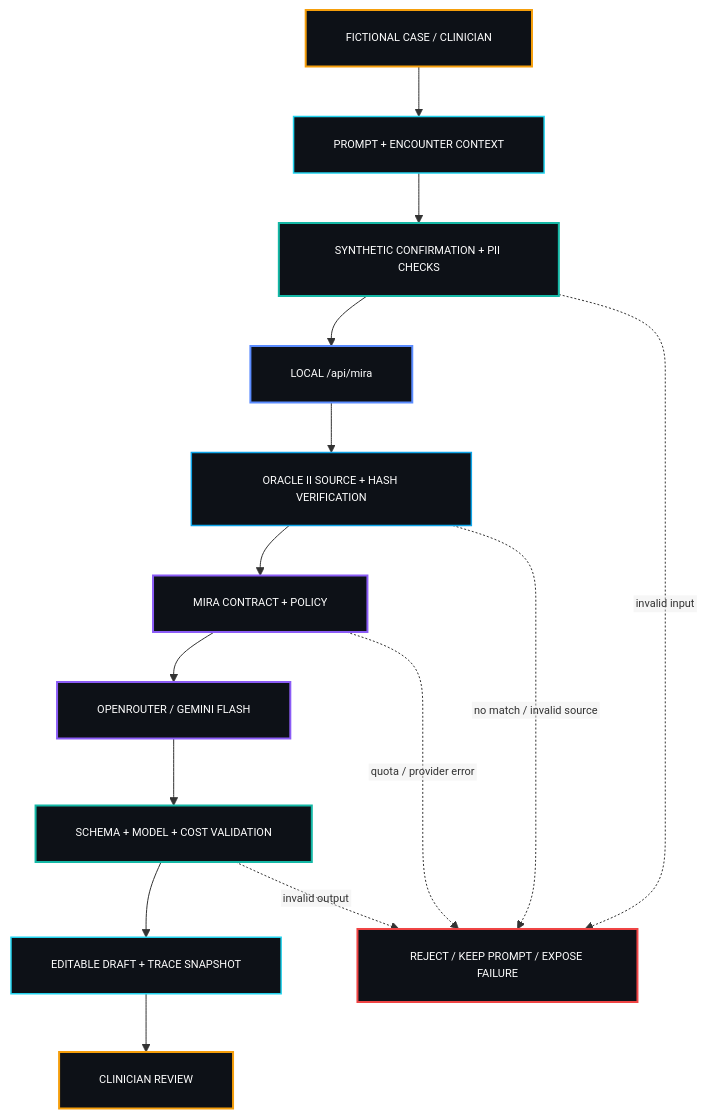
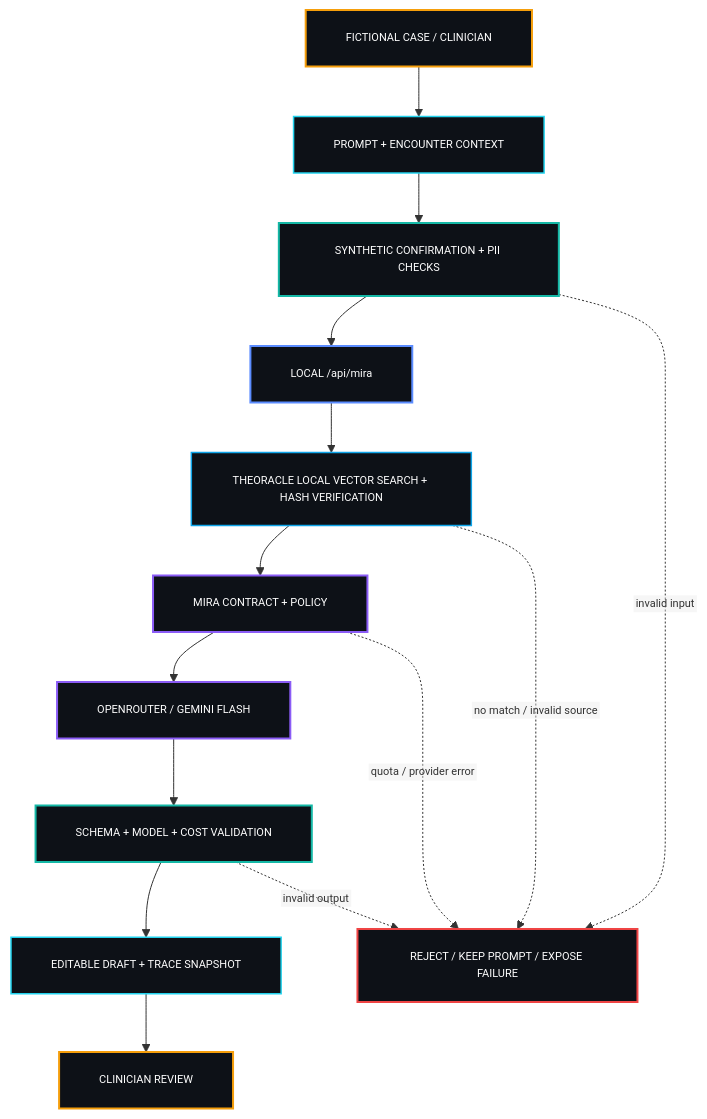
One commit to drferdi/Sentrapedia changed the third of 4 diagrams in README.md. Above: the diagram before and after it, drawn with Mermaid. The commit also changed other lines of this file and 10 other files, not shown here.

First line of the commit message:
docs(sentrapedia): TheOracle vector-only verification, README and HANDOFF (R2)

````diff
--- a/README.md
+++ b/README.md
@@ -311,36 +311,36 @@
 ```mermaid
 %%{init: {"flowchart": {"htmlLabels": false, "padding": 20}, "themeVariables": {"fontFamily": "monospace", "fontSize": "11px"}}}%%
 flowchart TB
   HUMAN["FICTIONAL CASE / CLINICIAN"]
   INPUT["PROMPT + ENCOUNTER CONTEXT"]
   GATE["SYNTHETIC CONFIRMATION + PII CHECKS"]
   API["LOCAL /api/mira"]
-  SOURCE["ORACLE II SOURCE + HASH VERIFICATION"]
+  SOURCE["THEORACLE LOCAL VECTOR SEARCH + HASH VERIFICATION"]
   ENGINE["MIRA CONTRACT + POLICY"]
   MODEL["OPENROUTER / GEMINI FLASH"]
   VERIFY["SCHEMA + MODEL + COST VALIDATION"]
   DRAFT["EDITABLE DRAFT + TRACE SNAPSHOT"]
   REVIEW["CLINICIAN REVIEW"]
   STOP["REJECT / KEEP PROMPT / EXPOSE FAILURE"]
 
   HUMAN --> INPUT --> GATE --> API --> SOURCE --> ENGINE --> MODEL --> VERIFY --> DRAFT --> REVIEW
   GATE -. invalid input .-> STOP
   SOURCE -. no match / invalid source .-> STOP
   ENGINE -. quota / provider error .-> STOP
   VERIFY -. invalid output .-> STOP
 
   classDef authority fill:#0D1117,stroke:#F59E0B,color:#FFFFFF,stroke-width:2px;
   classDef surface fill:#0D1117,stroke:#22D3EE,color:#FFFFFF,stroke-width:1.5px;
   classDef core fill:#0D1117,stroke:#5B8CFF,color:#FFFFFF,stroke-width:2px;
   classDef agent fill:#0D1117,stroke:#8B5CF6,color:#FFFFFF,stroke-width:2px;
   classDef control fill:#0D1117,stroke:#14B8A6,color:#FFFFFF,stroke-width:2px;
   classDef data fill:#0D1117,stroke:#0EA5E9,color:#FFFFFF,stroke-width:1.5px;
   classDef danger fill:#0D1117,stroke:#EF4444,color:#FFFFFF,stroke-width:2px;
   class HUMAN,REVIEW authority;
   class INPUT,DRAFT surface;
   class GATE,VERIFY control;
   class API core;
   class SOURCE data;
   class ENGINE,MODEL agent;
   class STOP danger;
 ```
````
